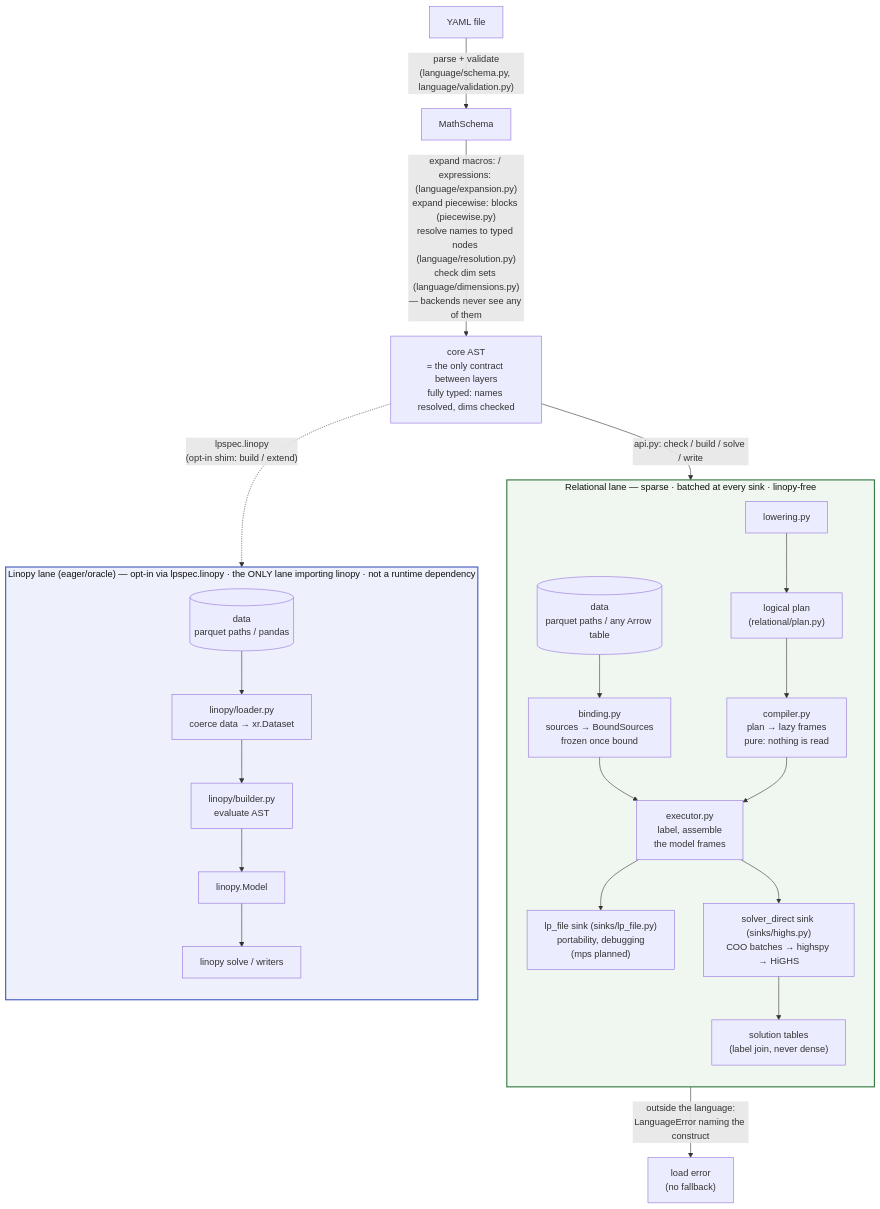
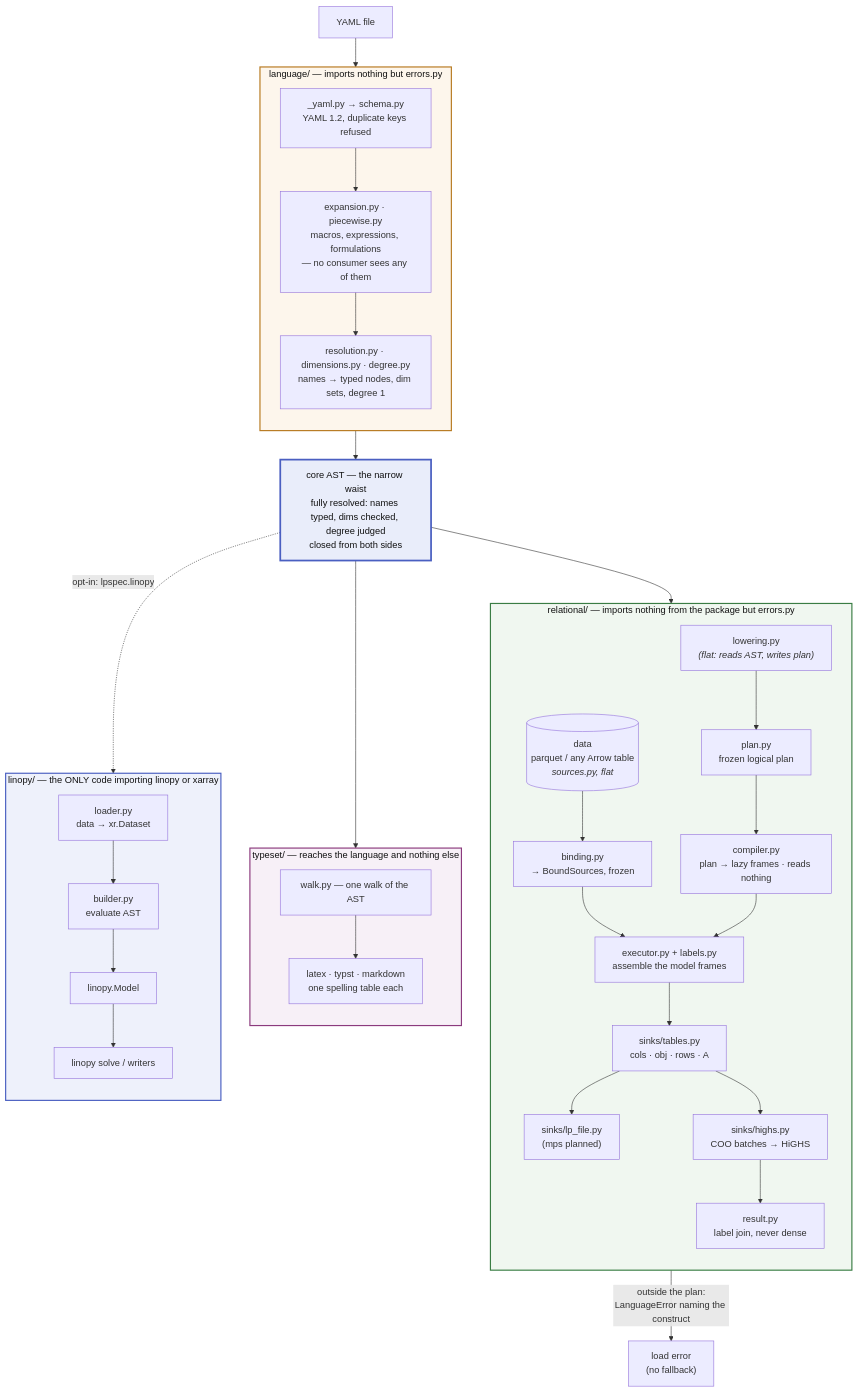
The first of 2 diagrams in docs/ARCHITECTURE.md (FBumann/farkas), drawn with Mermaid before and after one commit. The commit also changed other lines of this file and 12 other files, not shown here.

````diff
--- a/docs/ARCHITECTURE.md
+++ b/docs/ARCHITECTURE.md
@@ -26,32 +31,54 @@
 ```mermaid
 flowchart TB
-    Y[YAML file] -->|"parse + validate<br/>(language/schema.py, language/validation.py)"| MS[MathSchema]
-    MS -->|"expand macros: / expressions: (language/expansion.py)<br/>expand piecewise: blocks (piecewise.py)<br/>resolve names to typed nodes (language/resolution.py)<br/>check dim sets (language/dimensions.py)<br/>— backends never see any of them"| AST["core AST<br/>= the only contract between layers<br/>fully typed: names resolved, dims checked"]
-    AST -->|"api.py: check / build / solve / write"| LOWER
-    AST -.->|"lpspec.linopy<br/>(opt-in shim: build / extend)"| BUILD
-    LOWER -->|"outside the language:<br/>LanguageError naming the construct"| ERR["load error<br/>(no fallback)"]
+    Y[YAML file] --> LANG
 
-    subgraph REL["Relational lane — sparse · batched at every sink · linopy-free"]
+    subgraph LANG["language/ — imports nothing but errors.py"]
         direction TB
-        LOWER["lowering.py"] --> PLAN["logical plan<br/>(relational/plan.py)"]
-        PLAN --> COMP["compiler.py<br/>plan → lazy frames<br/>pure: nothing is read"]
-        DR[("data<br/>parquet paths / any Arrow table")] --> BIND["binding.py<br/>sources → BoundSources<br/>frozen once bound"]
-        BIND --> EXEC
-        COMP --> EXEC["executor.py<br/>label, assemble<br/>the model frames"]
-        EXEC --> LPS["lp_file sink (sinks/lp_file.py)<br/>portability, debugging<br/>(mps planned)"]
-        EXEC --> DIRECT["solver_direct sink (sinks/highs.py)<br/>COO batches → highspy → HiGHS"]
-        DIRECT --> SOL["solution tables<br/>(label join, never dense)"]
+        SCHEMA["_yaml.py → schema.py<br/>YAML 1.2, duplicate keys refused"]
+        SCHEMA --> EXPAND["expansion.py · piecewise.py<br/>macros, expressions, formulations<br/>— no consumer sees any of them"]
+        EXPAND --> RESOLVE["resolution.py · dimensions.py · degree.py<br/>names → typed nodes, dim sets, degree 1"]
     end
 
-    subgraph EAGER["Linopy lane (eager/oracle) — opt-in via lpspec.linopy · the ONLY lane importing linopy · not a runtime dependency"]
+    LANG --> AST["core AST — the narrow waist<br/>fully resolved: names typed, dims checked, degree judged<br/>closed from both sides"]
+
+    AST --> LOWER
+    AST --> WALK
+    AST -.->|"opt-in: lpspec.linopy"| BUILD
+
+    subgraph REL["relational/ — imports nothing from the package but errors.py"]
         direction TB
-        DE[("data<br/>parquet paths / pandas")] --> LOAD["linopy/loader.py<br/>coerce data → xr.Dataset"]
-        LOAD --> BUILD["linopy/builder.py<br/>evaluate AST"]
+        LOWER["lowering.py<br/><i>(flat: reads AST, writes plan)</i>"] --> PLAN["plan.py<br/>frozen logical plan"]
+        PLAN --> COMP["compiler.py<br/>plan → lazy frames · reads nothing"]
+        DR[("data<br/>parquet / any Arrow table<br/><i>sources.py, flat</i>")] --> BIND["binding.py<br/>→ BoundSources, frozen"]
+        BIND --> EXEC
+        COMP --> EXEC["executor.py + labels.py<br/>assemble the model frames"]
+        EXEC --> TABLES["sinks/tables.py<br/>cols · obj · rows · A"]
+        TABLES --> LPS["sinks/lp_file.py<br/>(mps planned)"]
+        TABLES --> DIRECT["sinks/highs.py<br/>COO batches → HiGHS"]
+        DIRECT --> SOL["result.py<br/>label join, never dense"]
+    end
+
+    subgraph TS["typeset/ — reaches the language and nothing else"]
+        direction TB
+        WALK["walk.py — one walk of the AST"] --> FMT["latex · typst · markdown<br/>one spelling table each"]
+    end
+
+    subgraph EAGER["linopy/ — the ONLY code importing linopy or xarray"]
+        direction TB
+        LOAD["loader.py<br/>data → xr.Dataset"] --> BUILD["builder.py<br/>evaluate AST"]
         BUILD --> MODEL[linopy.Model] --> SOLVE["linopy solve / writers"]
     end
 
+    LOWER -->|"outside the plan:<br/>LanguageError naming the construct"| ERR["load error<br/>(no fallback)"]
+
+    classDef laneL fill:#fdf6ec,stroke:#b7791f,stroke-width:2px,color:#111
     classDef laneR fill:#f0f7f0,stroke:#3a7d44,stroke-width:2px,color:#111
     classDef laneE fill:#eef1fb,stroke:#4a5fc1,stroke-width:2px,color:#111
+    classDef laneT fill:#f7f0f7,stroke:#8b3a7d,stroke-width:2px,color:#111
+    classDef waist fill:#e9edfa,stroke:#4a5fc1,stroke-width:3px,color:#111
+    class LANG laneL
     class REL laneR
     class EAGER laneE
+    class TS laneT
+    class AST waist
 ```
````
